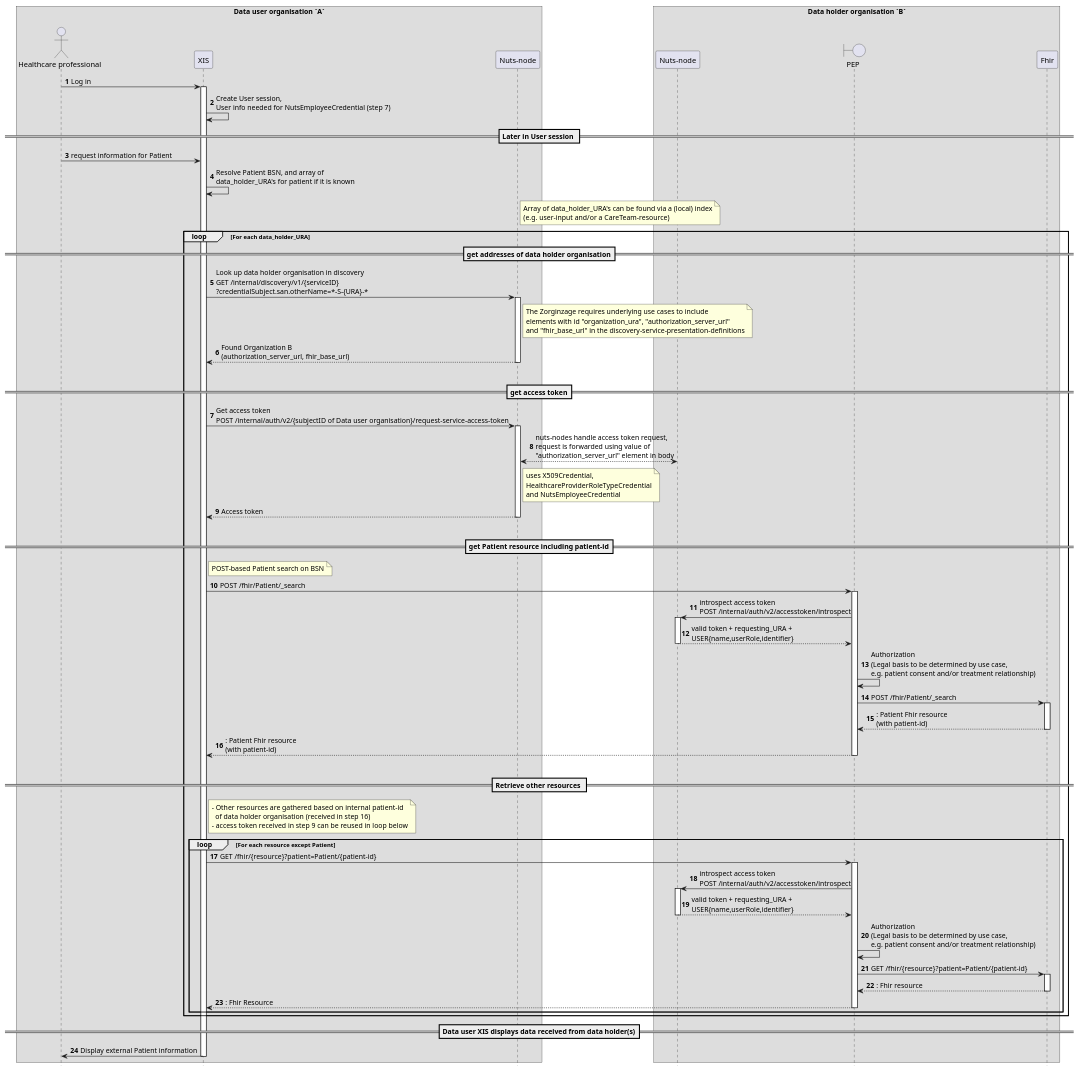
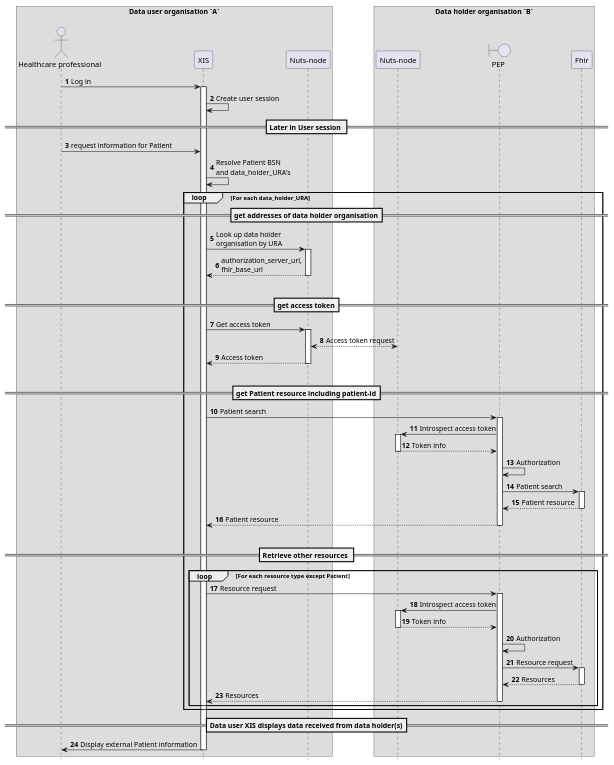
One commit to nuts-foundation/nl-zorginzage-ig changed the diagram in input/images-source/sequence-diagram-pull.plantuml. Above: the diagram before and after it, drawn with PlantUML. The commit also changed other lines of this file and 2 other files, not shown here.

Commit message:
API-aanroepen en notes uit sequentiediagrammen naar de opmerkingentabellen verplaatst

```diff
--- a/input/images-source/sequence-diagram-pull.plantuml
+++ b/input/images-source/sequence-diagram-pull.plantuml
@@ -1,79 +1,70 @@
 @startuml
 hide footbox
 autonumber
 skinparam BoxPadding 20
 
 box Data user organisation `A`\n
 actor "Healthcare professional" as User
 participant XIS as req
 participant "Nuts-node" as rn
 end box
 
 
 box Data holder organisation `B`\n
 participant "Nuts-node" as cn
 boundary PEP
 participant Fhir
 end box
 User -> req++ : Log in
-req -> req : Create User session, \nUser info needed for NutsEmployeeCredential (step 7)
+req -> req : Create user session
 
 == Later in User session ==
 
 User -> req: request information for Patient
-    req -> req: Resolve Patient BSN, and array of\ndata_holder_URA's for patient if it is known
-    note right of rn: Array of data_holder_URA's can be found via a (local) index\n(e.g. user-input and/or a CareTeam-resource)
+    req -> req: Resolve Patient BSN\nand data_holder_URA's
 
     loop For each data_holder_URA
 
         ==get addresses of data holder organisation==
 
-        req -> rn++: Look up data holder organisation in discovery \nGET /internal/discovery/v1/{serviceID}\n?credentialSubject.san.otherName=*-S-{URA}-*
-            note right of rn: The Zorginzage requires underlying use cases to include\nelements with id "organization_ura", "authorization_server_url"\nand "fhir_base_url" in the discovery-service-presentation-definitions
-            rn --> req --: Found Organization B\n(authorization_server_url, fhir_base_url)
+        req -> rn++: Look up data holder\norganisation by URA
+            rn --> req --: authorization_server_url,\nfhir_base_url
         |||
 
         ==get access token==
 
-        req -> rn++: Get access token \nPOST /internal/auth/v2/{subjectID of Data user organisation}/request-service-access-token
-            rn <--> cn : nuts-nodes handle access token request,\nrequest is forwarded using value of\n"authorization_server_url" element in body
-            note right of rn : uses X509Credential,\nHealthcareProviderRoleTypeCredential\nand NutsEmployeeCredential
+        req -> rn++: Get access token
+            rn <--> cn : Access token request
             rn --> req-- : Access token
         |||
 
         ==get Patient resource including patient-id==
 
-        note right of req: POST-based Patient search on BSN
-        req -> PEP++: POST /fhir/Patient/_search
-        PEP -> cn++ : introspect access token\nPOST /internal/auth/v2/accesstoken/introspect
-        PEP <-- cn-- : valid token + requesting_URA +\nUSER{name,userRole,identifier}
-        PEP -> PEP: Authorization\n(Legal basis to be determined by use case,\ne.g. patient consent and/or treatment relationship)
-        PEP -> Fhir++: POST /fhir/Patient/_search
-        return: Patient Fhir resource\n(with patient-id)
-        return: Patient Fhir resource\n(with patient-id)
+        req -> PEP++: Patient search
+        PEP -> cn++ : Introspect access token
+        PEP <-- cn-- : Token info
+        PEP -> PEP: Authorization
+        PEP -> Fhir++: Patient search
+        return Patient resource
+        return Patient resource
 
         |||
         == Retrieve other resources ==
 
-        note right of req
-        - Other resources are gathered based on internal patient-id
-          of data holder organisation (received in step 16)
-        - access token received in step 9 can be reused in loop below
-        end note
-        loop For each resource except Patient
-            req -> PEP++: GET /fhir/{resource}?patient=Patient/{patient-id}
-                PEP -> cn++ : introspect access token\nPOST /internal/auth/v2/accesstoken/introspect
-                    PEP <-- cn-- : valid token + requesting_URA +\nUSER{name,userRole,identifier}
-                PEP -> PEP: Authorization\n(Legal basis to be determined by use case,\ne.g. patient consent and/or treatment relationship)
-                PEP -> Fhir++: GET /fhir/{resource}?patient=Patient/{patient-id}
-                return: Fhir resource
-                return: Fhir Resource
+        loop For each resource type except Patient
+            req -> PEP++: Resource request
+                PEP -> cn++ : Introspect access token
+                    PEP <-- cn-- : Token info
+                PEP -> PEP: Authorization
+                PEP -> Fhir++: Resource request
+                return Resources
+                return Resources
         end loop
 
     end loop
 
     ==Data user XIS displays data received from data holder(s)==
 
     User <- req --: Display external Patient information
 
 @enduml
```
